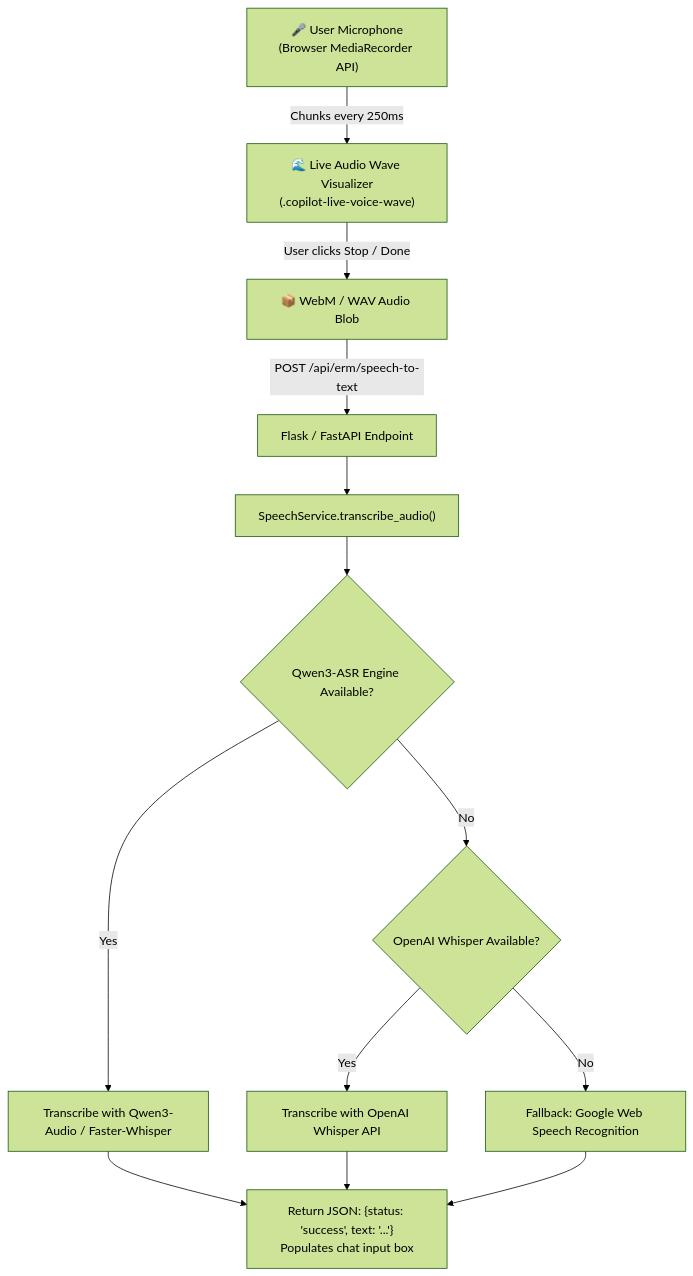
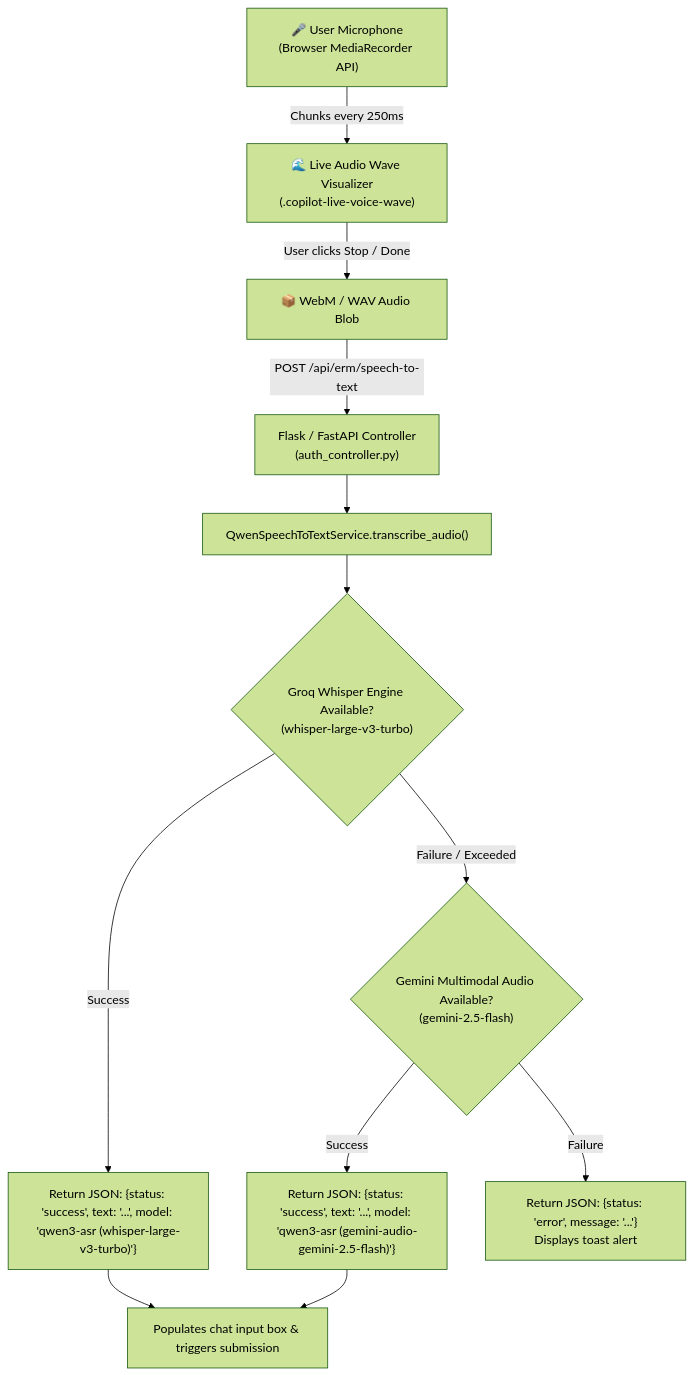
The diagram in ERM_Copilot/docs/agents/05_SPEECH_TO_TEXT_AGENT.md (jasminbabariya22-eng/Enterprise-Risk-Management-System), drawn with Mermaid (forest theme) before and after one commit. The commit also changed other lines of this file and 21 other files, not shown here.

````diff
--- a/ERM_Copilot/docs/agents/05_SPEECH_TO_TEXT_AGENT.md
+++ b/ERM_Copilot/docs/agents/05_SPEECH_TO_TEXT_AGENT.md
@@ -18,17 +17,17 @@
 ```mermaid
 flowchart TD
     Mic["🎤 User Microphone\n(Browser MediaRecorder API)"] -->|Chunks every 250ms| Wave["🌊 Live Audio Wave Visualizer\n(.copilot-live-voice-wave)"]
     Wave -->|User clicks Stop / Done| Blob["📦 WebM / WAV Audio Blob"]
-    Blob -->|POST /api/erm/speech-to-text| WebApp["Flask / FastAPI Endpoint"]
-    WebApp --> Service["SpeechService.transcribe_audio()"]
+    Blob -->|POST /api/erm/speech-to-text| WebApp["Flask / FastAPI Controller\n(auth_controller.py)"]
+    WebApp --> Service["QwenSpeechToTextService.transcribe_audio()"]
     
-    Service --> TryQwen{"Qwen3-ASR Engine Available?"}
-    TryQwen -->|Yes| QwenExec["Transcribe with Qwen3-Audio / Faster-Whisper"]
-    TryQwen -->|No| TryWhisper{"OpenAI Whisper Available?"}
-    TryWhisper -->|Yes| WhisperExec["Transcribe with OpenAI Whisper API"]
-    TryWhisper -->|No| FallbackExec["Fallback: Google Web Speech Recognition"]
+    Service --> TryGroq{"Groq Whisper Engine Available?\n(whisper-large-v3-turbo)"}
+    TryGroq -->|Success| ReturnGroq["Return JSON: {status: 'success', text: '...', model: 'qwen3-asr (whisper-large-v3-turbo)'}"]
+    TryGroq -->|Failure / Exceeded| TryGemini{"Gemini Multimodal Audio Available?\n(gemini-2.5-flash)"}
     
-    QwenExec --> ReturnJSON["Return JSON: {status: 'success', text: '...'}\nPopulates chat input box"]
-    WhisperExec --> ReturnJSON
-    FallbackExec --> ReturnJSON
+    TryGemini -->|Success| ReturnGemini["Return JSON: {status: 'success', text: '...', model: 'qwen3-asr (gemini-audio-gemini-2.5-flash)'}"]
+    TryGemini -->|Failure| ReturnErr["Return JSON: {status: 'error', message: '...'}\nDisplays toast alert"]
+    
+    ReturnGroq --> AutoPopulate["Populates chat input box & triggers submission"]
+    ReturnGemini --> AutoPopulate
 ```
````
